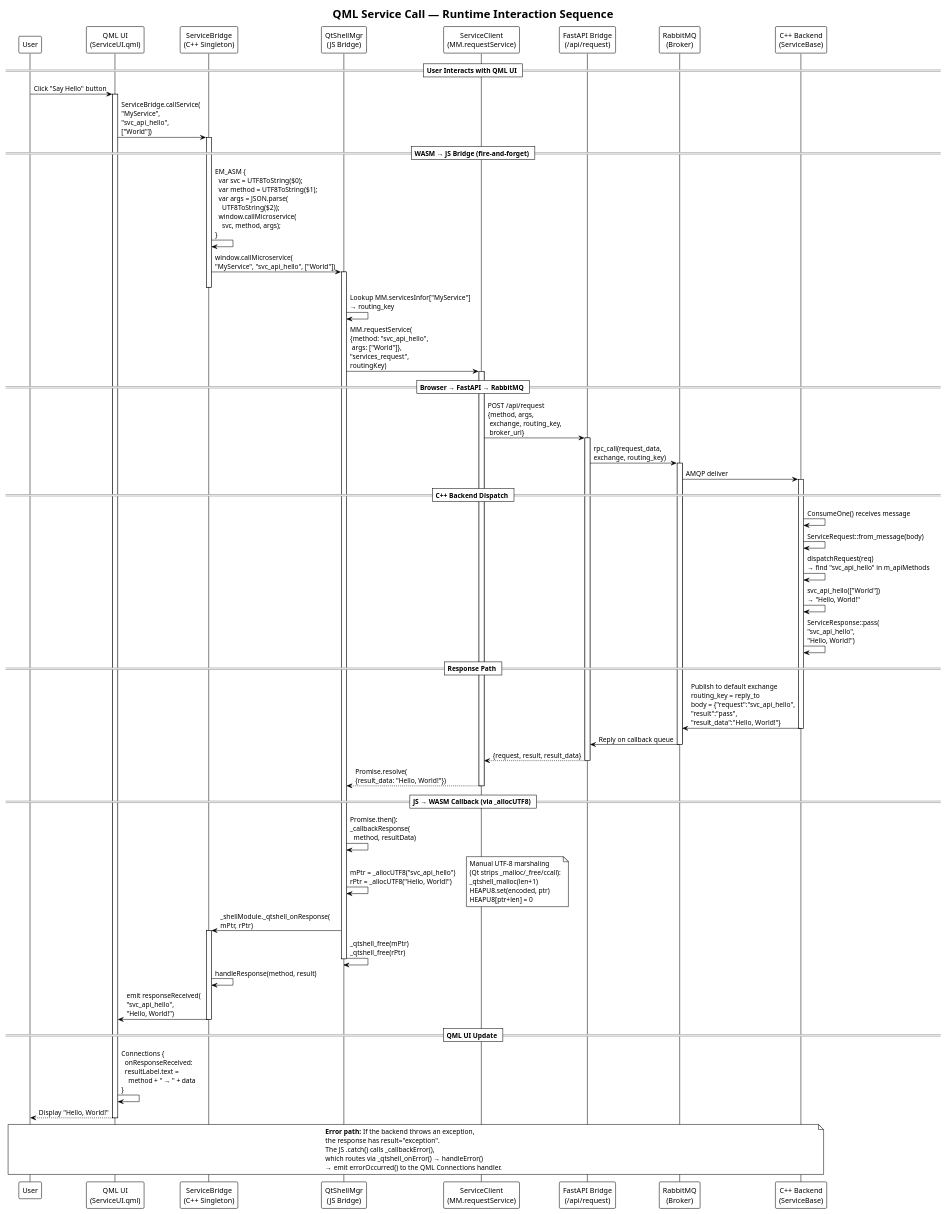
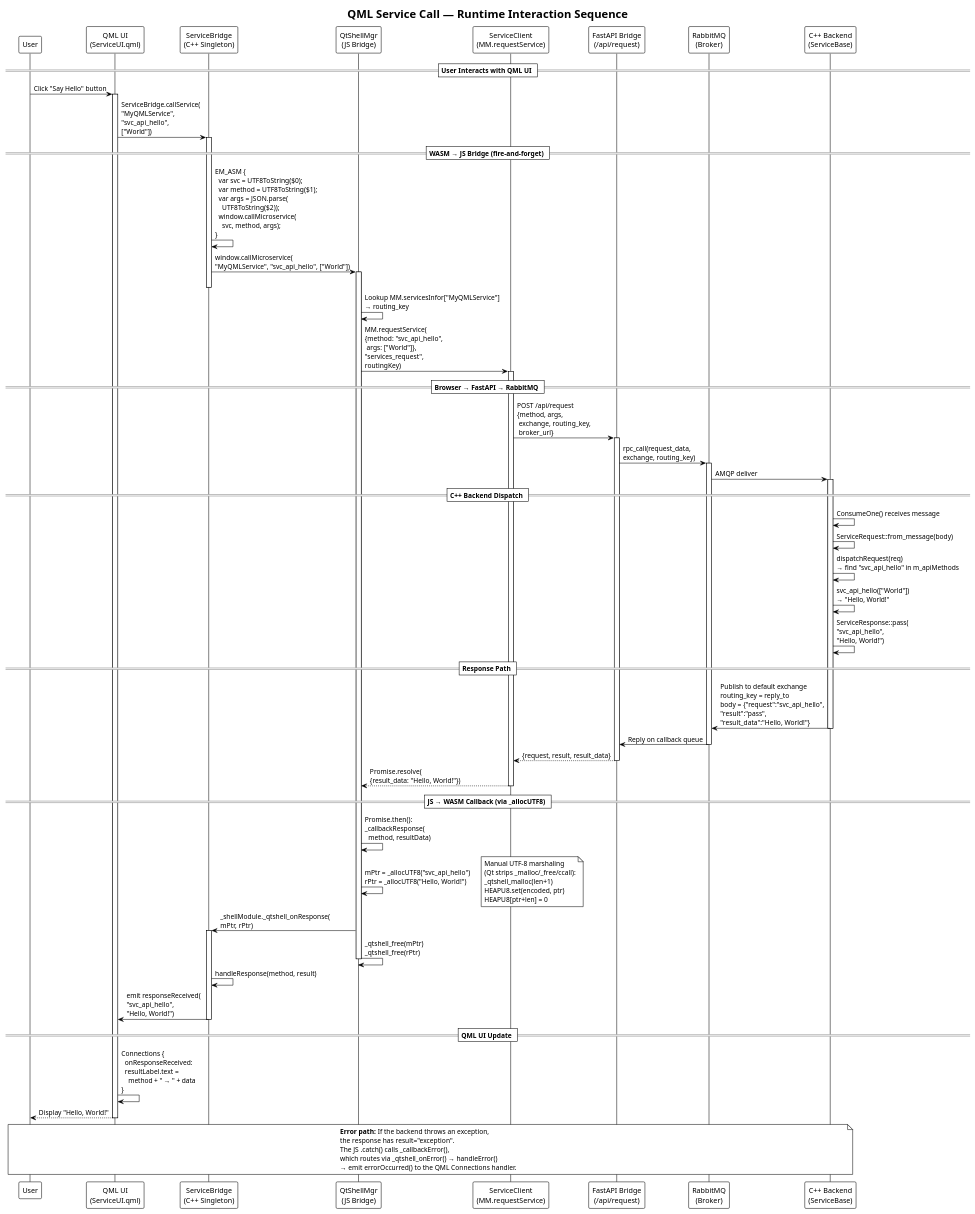
Before and after one commit to test-fullautomation/python-microservice-base: the diagram in docs/diagrams/sequence_qml_service_call.puml, drawn with PlantUML. The commit also changed 29 other files, not shown here.

```diff
--- a/docs/diagrams/sequence_qml_service_call.puml
+++ b/docs/diagrams/sequence_qml_service_call.puml
@@ -1,106 +1,106 @@
 @startuml sequence_qml_service_call
 !theme plain
 title QML Service Call — Runtime Interaction Sequence
 
 participant "User" as user
 participant "QML UI\n(ServiceUI.qml)" as qml
 participant "ServiceBridge\n(C++ Singleton)" as bridge
 participant "QtShellMgr\n(JS Bridge)" as mgr
 participant "ServiceClient\n(MM.requestService)" as client
 participant "FastAPI Bridge\n(/api/request)" as api
 participant "RabbitMQ\n(Broker)" as broker
 participant "C++ Backend\n(ServiceBase)" as backend
 
 == User Interacts with QML UI ==
 
 user -> qml : Click "Say Hello" button
 activate qml
 
-qml -> bridge : ServiceBridge.callService(\n"MyService",\n"svc_api_hello",\n["World"])
+qml -> bridge : ServiceBridge.callService(\n"MyQMLService",\n"svc_api_hello",\n["World"])
 activate bridge
 
 == WASM → JS Bridge (fire-and-forget) ==
 
 bridge -> bridge : EM_ASM {\n  var svc = UTF8ToString($0);\n  var method = UTF8ToString($1);\n  var args = JSON.parse(\n    UTF8ToString($2));\n  window.callMicroservice(\n    svc, method, args);\n}
 
-bridge -> mgr : window.callMicroservice(\n"MyService", "svc_api_hello", ["World"])
+bridge -> mgr : window.callMicroservice(\n"MyQMLService", "svc_api_hello", ["World"])
 activate mgr
 deactivate bridge
 
-mgr -> mgr : Lookup MM.servicesInfor["MyService"]\n→ routing_key
+mgr -> mgr : Lookup MM.servicesInfor["MyQMLService"]\n→ routing_key
 
 mgr -> client : MM.requestService(\n{method: "svc_api_hello",\n args: ["World"]},\n"services_request",\nroutingKey)
 activate client
 
 == Browser → FastAPI → RabbitMQ ==
 
 client -> api : POST /api/request\n{method, args,\n exchange, routing_key,\n broker_url}
 activate api
 
 api -> broker : rpc_call(request_data,\nexchange, routing_key)
 activate broker
 
 broker -> backend : AMQP deliver
 activate backend
 
 == C++ Backend Dispatch ==
 
 backend -> backend : ConsumeOne() receives message
 backend -> backend : ServiceRequest::from_message(body)
 backend -> backend : dispatchRequest(req)\n→ find "svc_api_hello" in m_apiMethods
 backend -> backend : svc_api_hello(["World"])\n→ "Hello, World!"
 backend -> backend : ServiceResponse::pass(\n"svc_api_hello",\n"Hello, World!")
 
 == Response Path ==
 
 backend -> broker : Publish to default exchange\nrouting_key = reply_to\nbody = {"request":"svc_api_hello",\n"result":"pass",\n"result_data":"Hello, World!"}
 deactivate backend
 
 broker -> api : Reply on callback queue
 deactivate broker
 
 api --> client : {request, result, result_data}
 deactivate api
 
 client --> mgr : Promise.resolve(\n{result_data: "Hello, World!"})
 deactivate client
 
 == JS → WASM Callback (via _allocUTF8) ==
 
 mgr -> mgr : Promise.then():\n_callbackResponse(\n  method, resultData)
 
 mgr -> mgr : mPtr = _allocUTF8("svc_api_hello")\nrPtr = _allocUTF8("Hello, World!")
 note right
   Manual UTF-8 marshaling
   (Qt strips _malloc/_free/ccall):
   _qtshell_malloc(len+1)
   HEAPU8.set(encoded, ptr)
   HEAPU8[ptr+len] = 0
 end note
 
 mgr -> bridge : _shellModule._qtshell_onResponse(\nmPtr, rPtr)
 activate bridge
 
 mgr -> mgr : _qtshell_free(mPtr)\n_qtshell_free(rPtr)
 deactivate mgr
 
 bridge -> bridge : handleResponse(method, result)
 bridge -> qml : emit responseReceived(\n"svc_api_hello",\n"Hello, World!")
 deactivate bridge
 
 == QML UI Update ==
 
 qml -> qml : Connections {\n  onResponseReceived:\n  resultLabel.text =\n    method + " → " + data\n}
 
 qml --> user : Display "Hello, World!"
 deactivate qml
 
 note over user, backend
   **Error path:** If the backend throws an exception,
   the response has result="exception".
   The JS .catch() calls _callbackError(),
   which routes via _qtshell_onError() → handleError()
   → emit errorOccurred() to the QML Connections handler.
 end note
 
 @enduml
```
